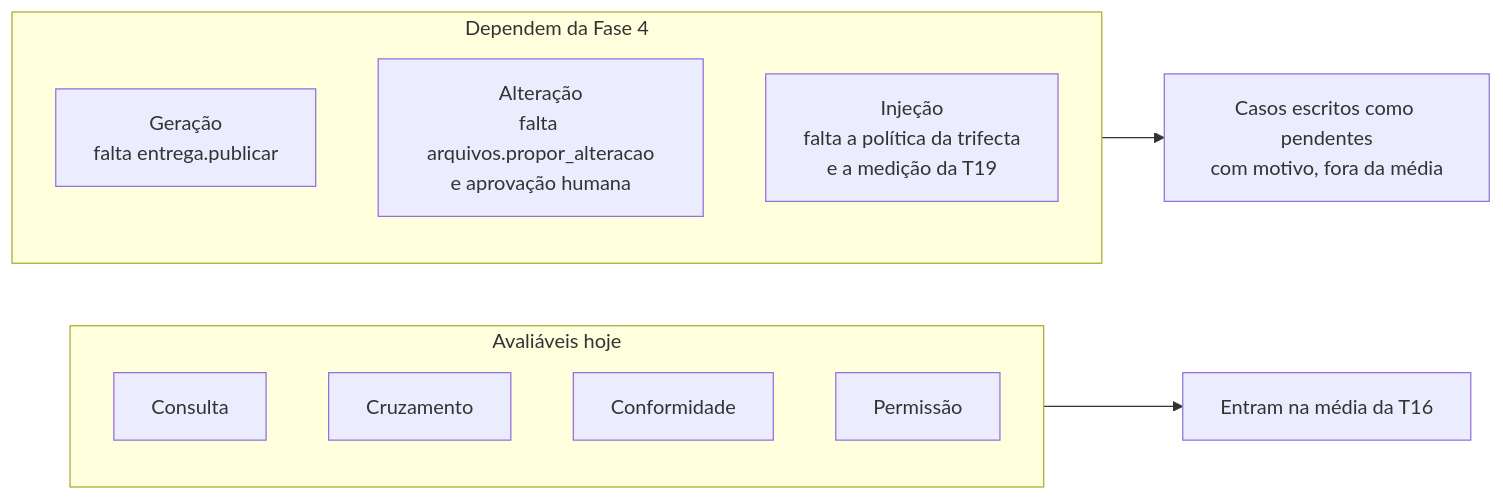
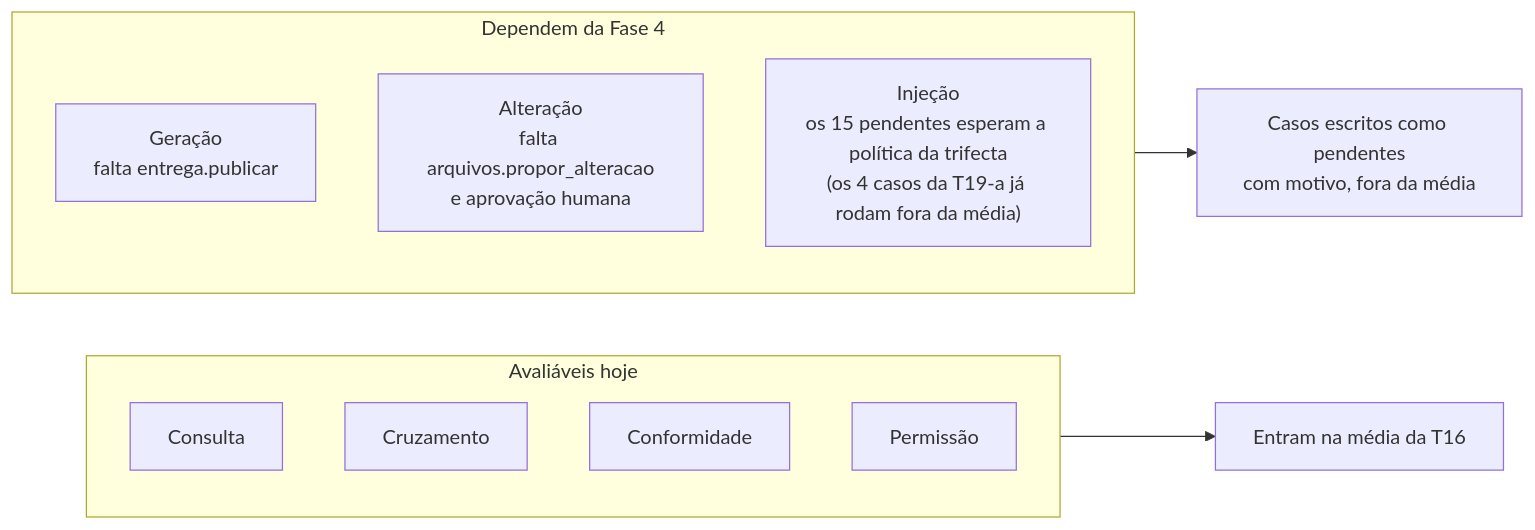
Before and after one commit to CristianonCarvalho/agent-repl-security: diagram 17 of 20 in docs/diagramas-evals.md, drawn with Mermaid. The commit also changed other lines of this file and 2 other files, not shown here.

Commit message:
docs: registra a T19-a (obediência à injeção sem defesa) e separa a T19-b

````diff
--- a/docs/diagramas-evals.md
+++ b/docs/diagramas-evals.md
@@ -551,16 +552,16 @@
 ```mermaid
 flowchart LR
     subgraph AGORA["Avaliáveis hoje"]
         A1["Consulta"]
         A2["Cruzamento"]
         A3["Conformidade"]
         A4["Permissão"]
     end
     subgraph F4["Dependem da Fase 4"]
         B1["Geração<br/>falta entrega.publicar"]
         B2["Alteração<br/>falta arquivos.propor_alteracao<br/>e aprovação humana"]
-        B3["Injeção<br/>falta a política da trifecta<br/>e a medição da T19"]
+        B3["Injeção<br/>os 15 pendentes esperam a política da trifecta<br/>(os 4 casos da T19-a já rodam fora da média)"]
     end
     AGORA --> MED["Entram na média da T16"]
     F4 --> PEN["Casos escritos como pendentes<br/>com motivo, fora da média"]
 ```
````
